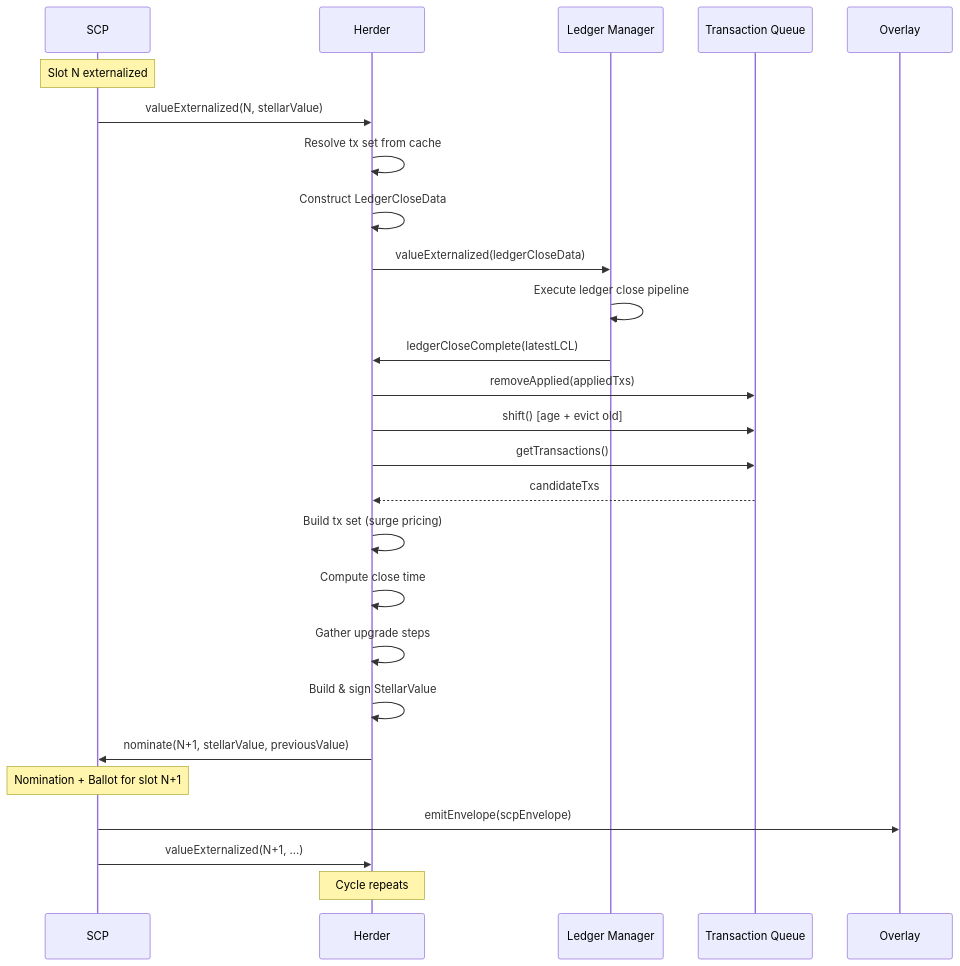
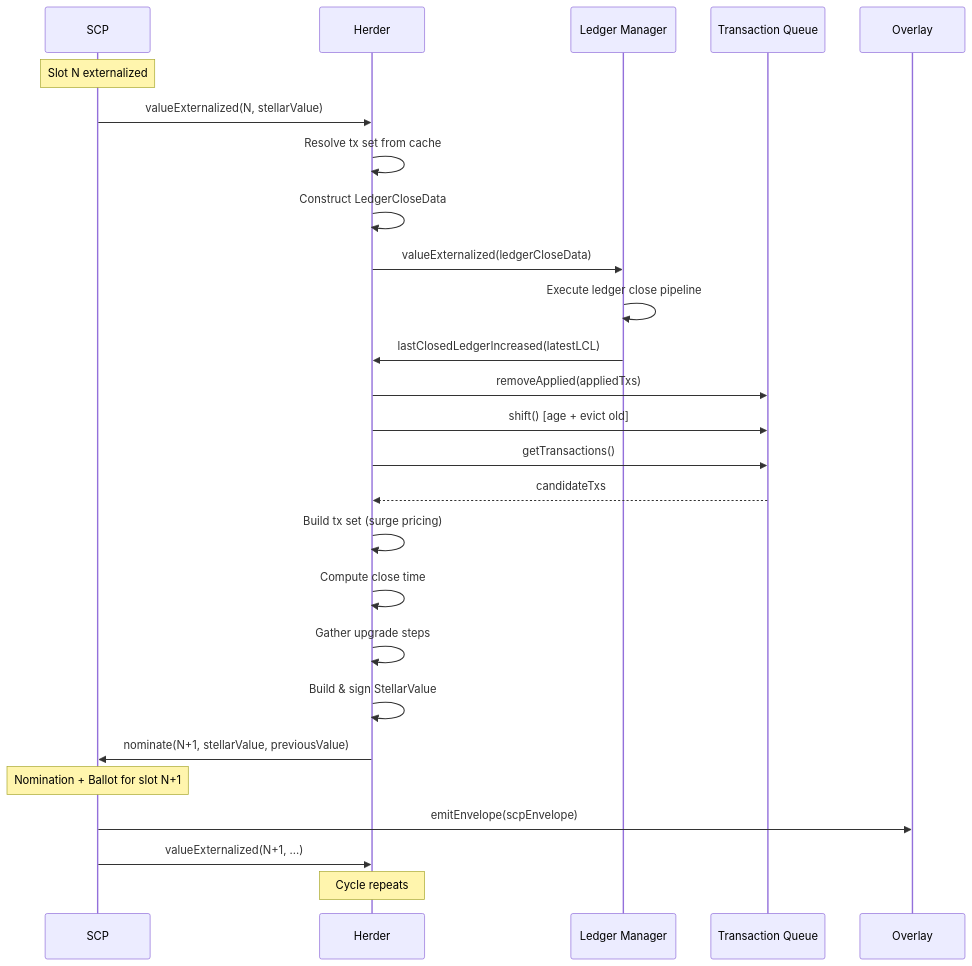
Before and after one commit to tomerweller/henyey: the fourth of 6 diagrams in docs/stellar-specs/HERDER_SPEC.md, drawn with Mermaid. The commit also changed other lines of this file and 7 other files, not shown here.

````diff
--- a/docs/stellar-specs/HERDER_SPEC.md
+++ b/docs/stellar-specs/HERDER_SPEC.md
@@ -1814,32 +1837,32 @@
 ```mermaid
 sequenceDiagram
     participant SCP
     participant Herder
     participant LedgerMgr as Ledger Manager
     participant TxQueue as Transaction Queue
     participant Overlay
 
     Note over SCP: Slot N externalized
     SCP->>Herder: valueExternalized(N, stellarValue)
     Herder->>Herder: Resolve tx set from cache
     Herder->>Herder: Construct LedgerCloseData
     Herder->>LedgerMgr: valueExternalized(ledgerCloseData)
     LedgerMgr->>LedgerMgr: Execute ledger close pipeline
-    LedgerMgr->>Herder: ledgerCloseComplete(latestLCL)
+    LedgerMgr->>Herder: lastClosedLedgerIncreased(latestLCL)
 
     Herder->>TxQueue: removeApplied(appliedTxs)
     Herder->>TxQueue: shift() [age + evict old]
     Herder->>TxQueue: getTransactions()
     TxQueue-->>Herder: candidateTxs
 
     Herder->>Herder: Build tx set (surge pricing)
     Herder->>Herder: Compute close time
     Herder->>Herder: Gather upgrade steps
     Herder->>Herder: Build & sign StellarValue
 
     Herder->>SCP: nominate(N+1, stellarValue, previousValue)
     Note over SCP: Nomination + Ballot for slot N+1
     SCP->>Overlay: emitEnvelope(scpEnvelope)
     SCP->>Herder: valueExternalized(N+1, ...)
     Note over Herder: Cycle repeats
 ```
````
